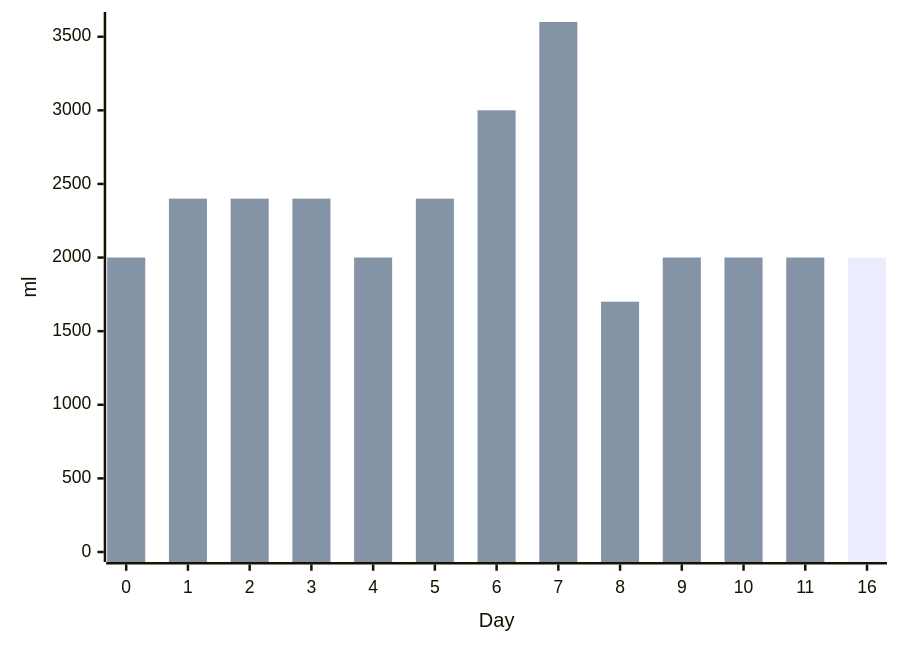
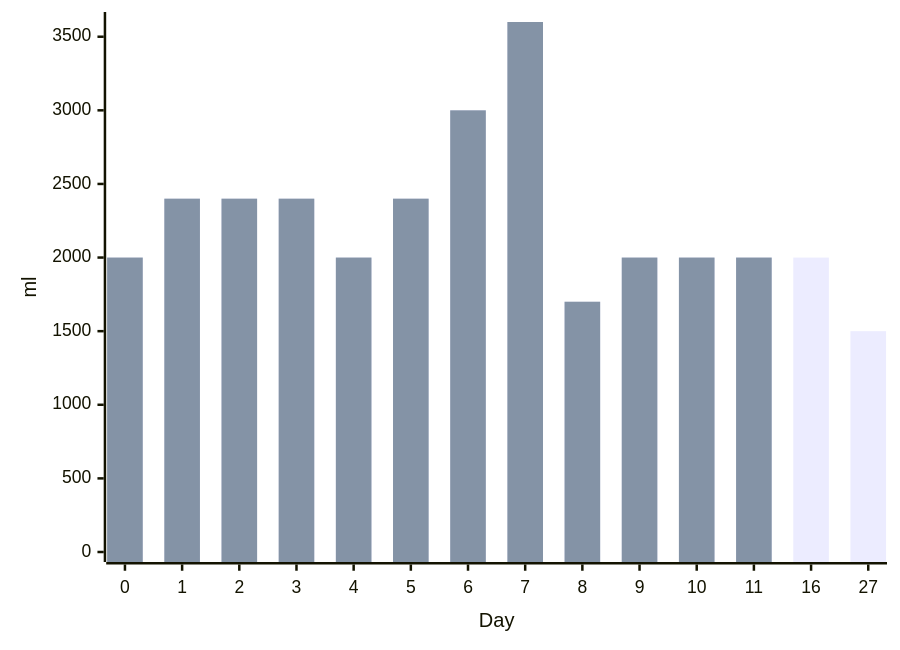
One commit to phil-m-kopp/phil-m-kopp.github.io changed diagram 14 of 16 in docs/articles/posts/personal-development/experience-strict-fasting-8days/experience-strict-fasting-8days.md. Above: the diagram before and after it, drawn with Mermaid. The commit also changed other lines of this file and 7 other files, not shown here.

````diff
--- a/docs/articles/posts/personal-development/experience-strict-fasting-8days/experience-strict-fasting-8days.md
+++ b/docs/articles/posts/personal-development/experience-strict-fasting-8days/experience-strict-fasting-8days.md
@@ -353,8 +369,8 @@
 ``` mermaid
 xychart-beta
-        x-axis "Day" [0, 1, 2, 3, 4, 5, 6, 7, 8, 9, 10, 11, 16]
+        x-axis "Day" [0, 1, 2, 3, 4, 5, 6, 7, 8, 9, 10, 11, 16, 27]
         y-axis "ml" 0 --> 3600
 
-        bar [2000, 2400, 2400, 2400, 2000, 2400, 3000, 3600, 1700, 2000, 2000, 2000, 2000]
+        bar [2000, 2400, 2400, 2400, 2000, 2400, 3000, 3600, 1700, 2000, 2000, 2000, 2000, 1500]
         bar [2000, 2400, 2400, 2400, 2000, 2400, 3000, 3600, 1700, 2000, 2000, 2000]
 ```
````
